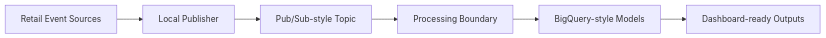
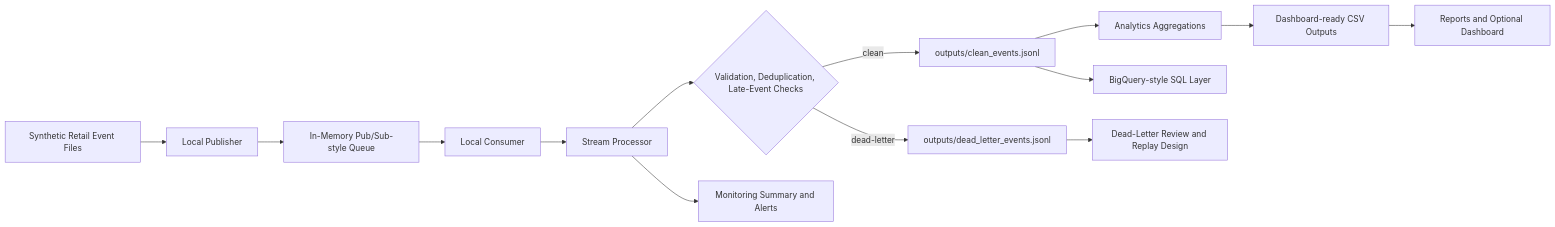
The diagram in diagrams/architecture.mmd (Ibraheemolasupogit/gcp-realtime-data-engineering-platform), drawn with Mermaid before and after one commit. The commit also changed 13 other files, not shown here.

```diff
--- a/diagrams/architecture.mmd
+++ b/diagrams/architecture.mmd
@@ -1,6 +1,14 @@
 flowchart LR
-    A["Retail Event Sources"] --> B["Local Publisher"]
-    B --> C["Pub/Sub-style Topic"]
-    C --> D["Processing Boundary"]
-    D --> E["BigQuery-style Models"]
-    E --> F["Dashboard-ready Outputs"]
+    A["Synthetic Retail Event Files"] --> B["Local Publisher"]
+    B --> C["In-Memory Pub/Sub-style Queue"]
+    C --> D["Local Consumer"]
+    D --> E["Stream Processor"]
+    E --> F{"Validation, Deduplication, Late-Event Checks"}
+    F -->|"clean"| G["outputs/clean_events.jsonl"]
+    F -->|"dead-letter"| H["outputs/dead_letter_events.jsonl"]
+    G --> I["Analytics Aggregations"]
+    I --> J["Dashboard-ready CSV Outputs"]
+    G --> K["BigQuery-style SQL Layer"]
+    H --> L["Dead-Letter Review and Replay Design"]
+    E --> M["Monitoring Summary and Alerts"]
+    J --> N["Reports and Optional Dashboard"]
```
